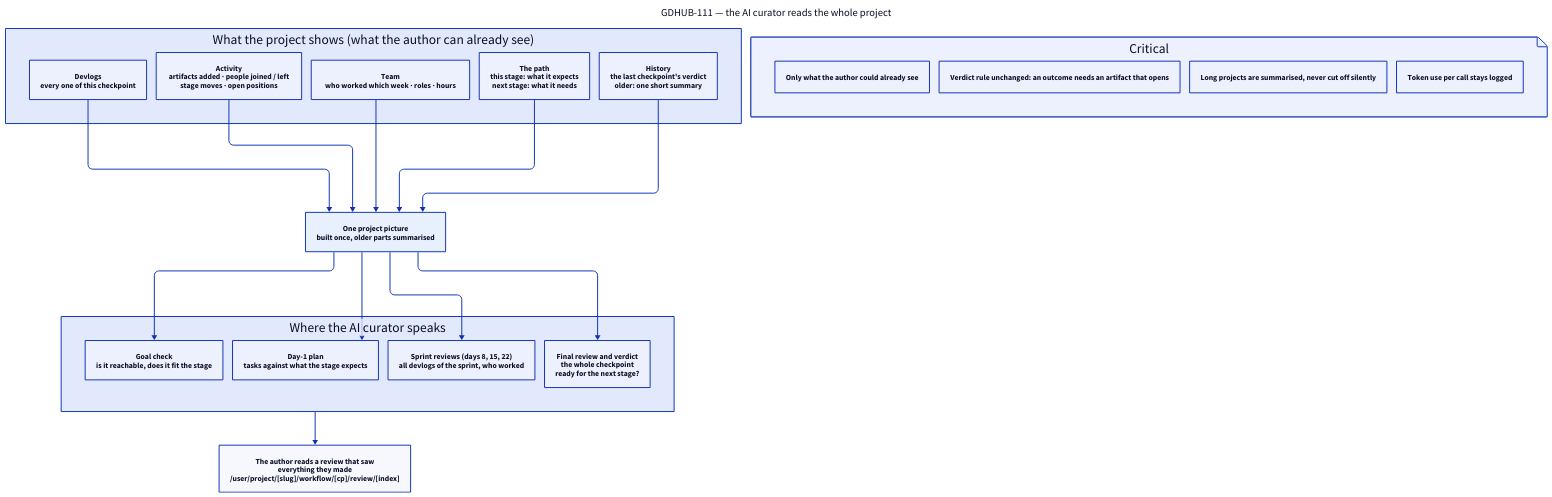
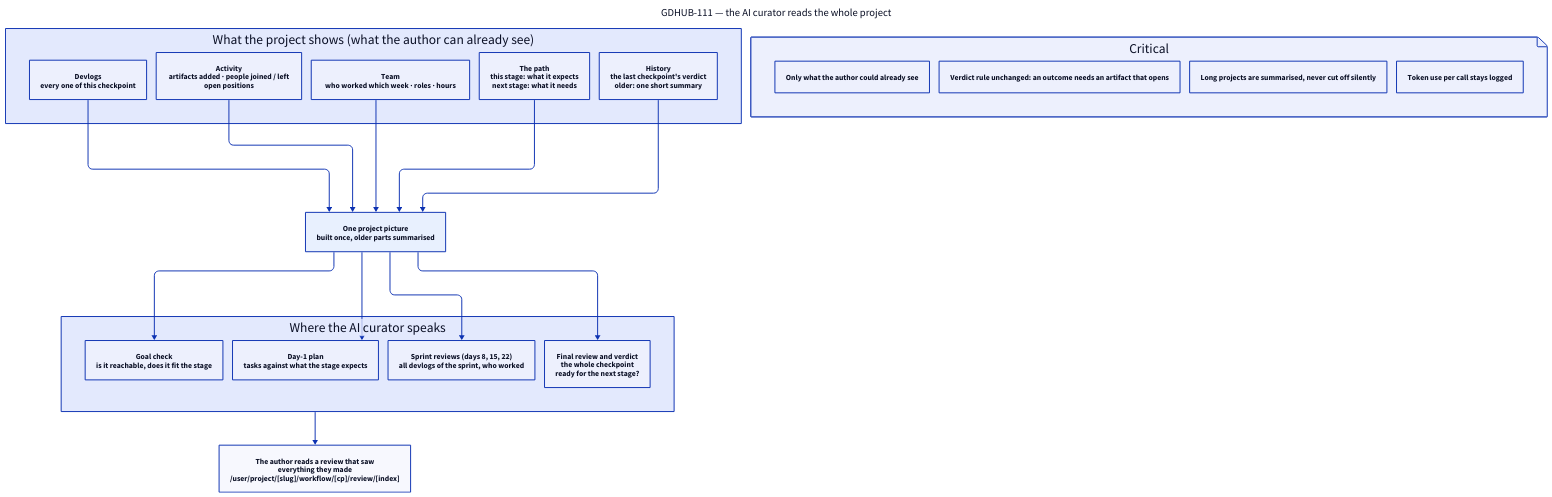
One commit to gdhub-io/gdhub changed the diagram in docs/checkpoints-curator-context-flow.d2. Above: the diagram before and after it, drawn with D2. The commit also changed 1 other file, not shown here.

Commit message:
docs(checkpoints): GDHUB-111 no stage moves inside a checkpoint

```diff
--- a/docs/checkpoints-curator-context-flow.d2
+++ b/docs/checkpoints-curator-context-flow.d2
@@ -1,54 +1,54 @@
 vars: {
   d2-config: {
     layout-engine: elk
   }
 }
 
 direction: down
 
 title: "GDHUB-111 — the AI curator reads the whole project" {
   shape: text
   near: top-center
   style.font-size: 22
 }
 
 project: "What the project shows (what the author can already see)" {
   devlogs: "Devlogs\nevery one of this checkpoint"
-  activity: "Activity\nartifacts added · people joined / left\nstage moves · open positions"
+  activity: "Activity\nartifacts added · people joined / left\nopen positions"
   team: "Team\nwho worked which week · roles · hours"
   path: "The path\nthis stage: what it expects\nnext stage: what it needs"
   history: "History\nthe last checkpoint's verdict\nolder: one short summary"
 }
 
 picture: "One project picture\nbuilt once, older parts summarised" {
   style.fill: "#E8F0FE"
 }
 
 project.devlogs -> picture
 project.activity -> picture
 project.team -> picture
 project.path -> picture
 project.history -> picture
 
 moments: "Where the AI curator speaks" {
   goal: "Goal check\nis it reachable, does it fit the stage"
   plan: "Day-1 plan\ntasks against what the stage expects"
   sprints: "Sprint reviews (days 8, 15, 22)\nall devlogs of the sprint, who worked"
   final: "Final review and verdict\nthe whole checkpoint\nready for the next stage?"
 }
 
 picture -> moments.goal
 picture -> moments.plan
 picture -> moments.sprints
 picture -> moments.final
 
 author: "The author reads a review that saw\neverything they made\n/user/project/[slug]/workflow/[cp]/review/[index]"
 moments -> author
 
 critical: "Critical" {
   shape: page
   a: "Only what the author could already see"
   b: "Verdict rule unchanged: an outcome needs an artifact that opens"
   c: "Long projects are summarised, never cut off silently"
   d: "Token use per call stays logged"
 }
```
